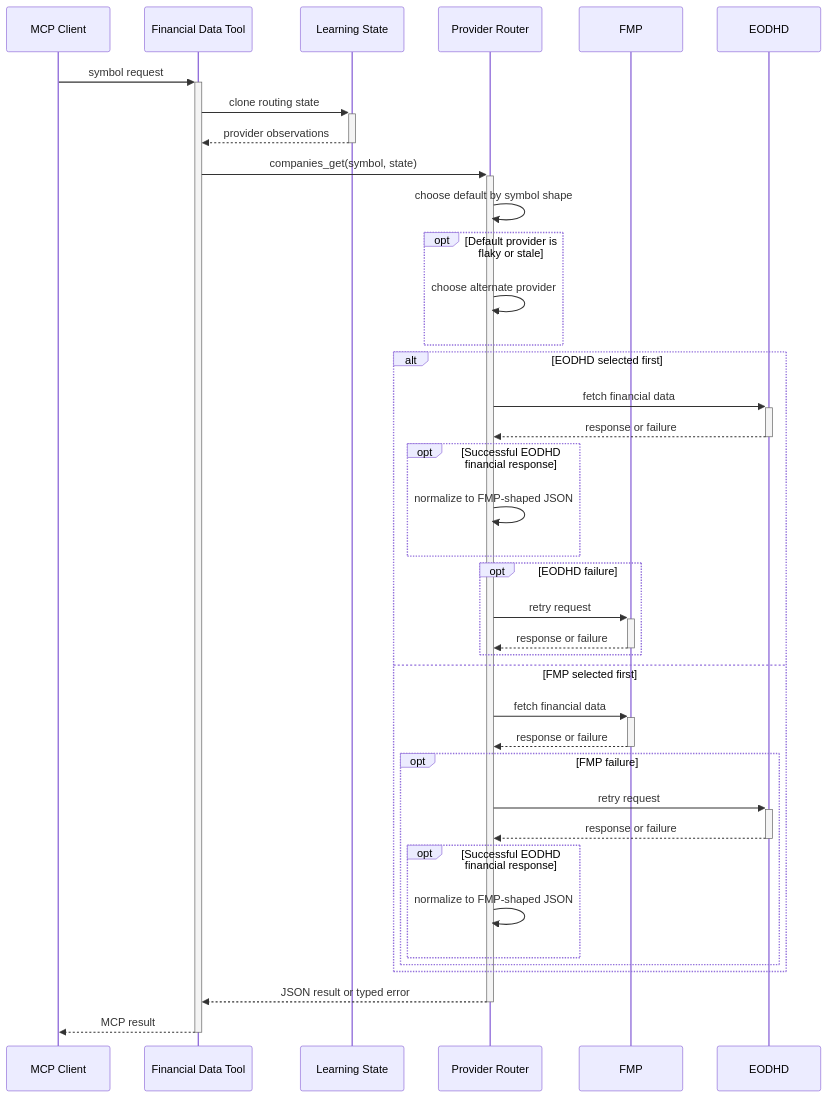
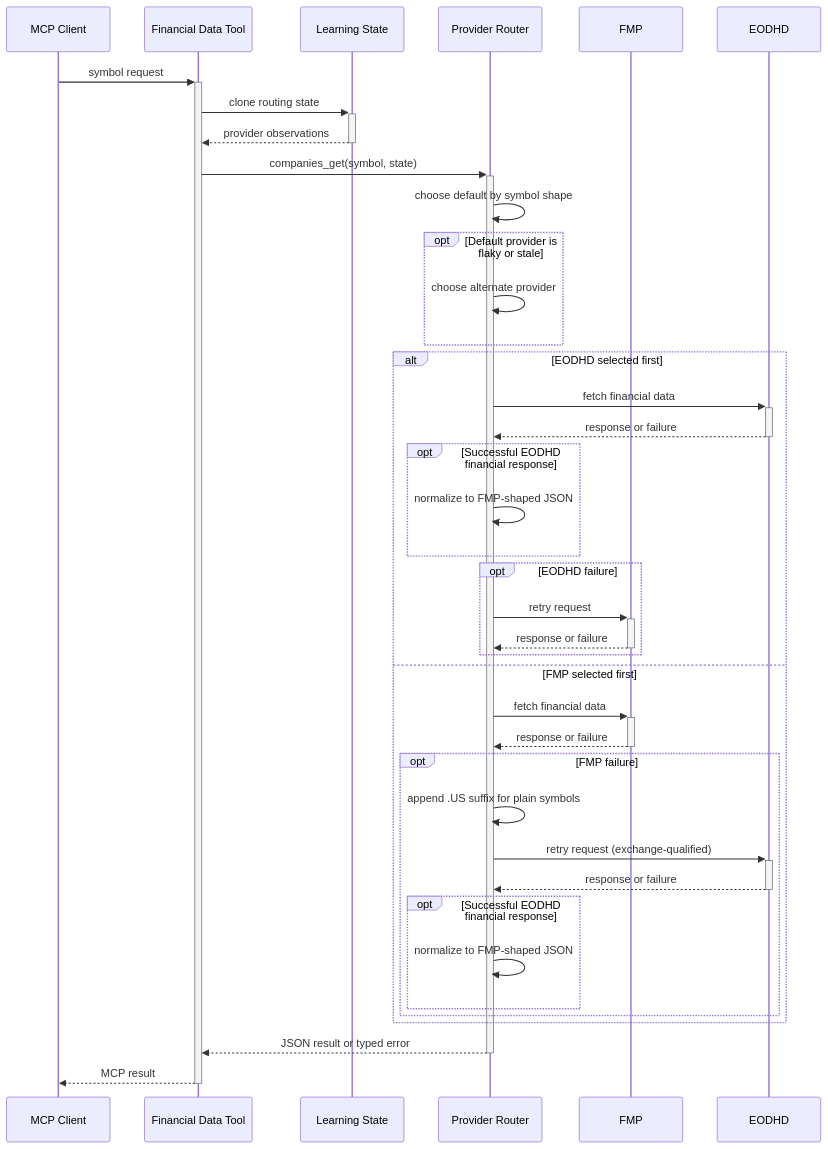
Diagram 21 of 24 in docs/architecture/hKask-architecture-master.md (mdz-axo/hKask), drawn with Mermaid before and after one commit. The commit also changed other lines of this file and 4 other files, not shown here.

````diff
--- a/docs/architecture/hKask-architecture-master.md
+++ b/docs/architecture/hKask-architecture-master.md
@@ -5561,44 +5561,45 @@
 ```mermaid
 sequenceDiagram
     participant Client as MCP Client
     participant Tool as Financial Data Tool
     participant Learn as Learning State
     participant Route as Provider Router
     participant FMP as FMP
     participant EODHD as EODHD
 
     Client->>+Tool: symbol request
     Tool->>+Learn: clone routing state
     Learn-->>-Tool: provider observations
     Tool->>+Route: companies_get(symbol, state)
     Route->>Route: choose default by symbol shape
 
     opt Default provider is flaky or stale
         Route->>Route: choose alternate provider
     end
 
     alt EODHD selected first
         Route->>+EODHD: fetch financial data
         EODHD-->>-Route: response or failure
         opt Successful EODHD financial response
             Route->>Route: normalize to FMP-shaped JSON
         end
         opt EODHD failure
             Route->>+FMP: retry request
             FMP-->>-Route: response or failure
         end
     else FMP selected first
         Route->>+FMP: fetch financial data
         FMP-->>-Route: response or failure
         opt FMP failure
-            Route->>+EODHD: retry request
+            Route->>Route: append .US suffix for plain symbols
+            Route->>+EODHD: retry request (exchange-qualified)
             EODHD-->>-Route: response or failure
             opt Successful EODHD financial response
                 Route->>Route: normalize to FMP-shaped JSON
             end
         end
     end
 
     Route-->>-Tool: JSON result or typed error
     Tool-->>-Client: MCP result
 ```
````
